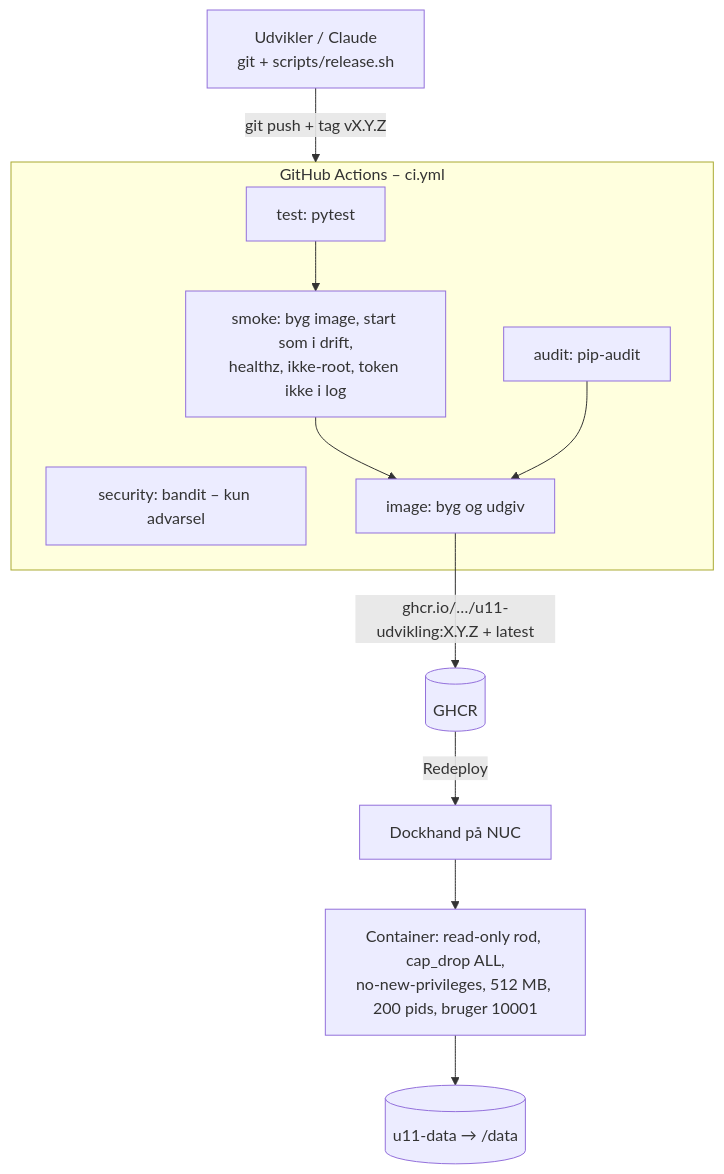
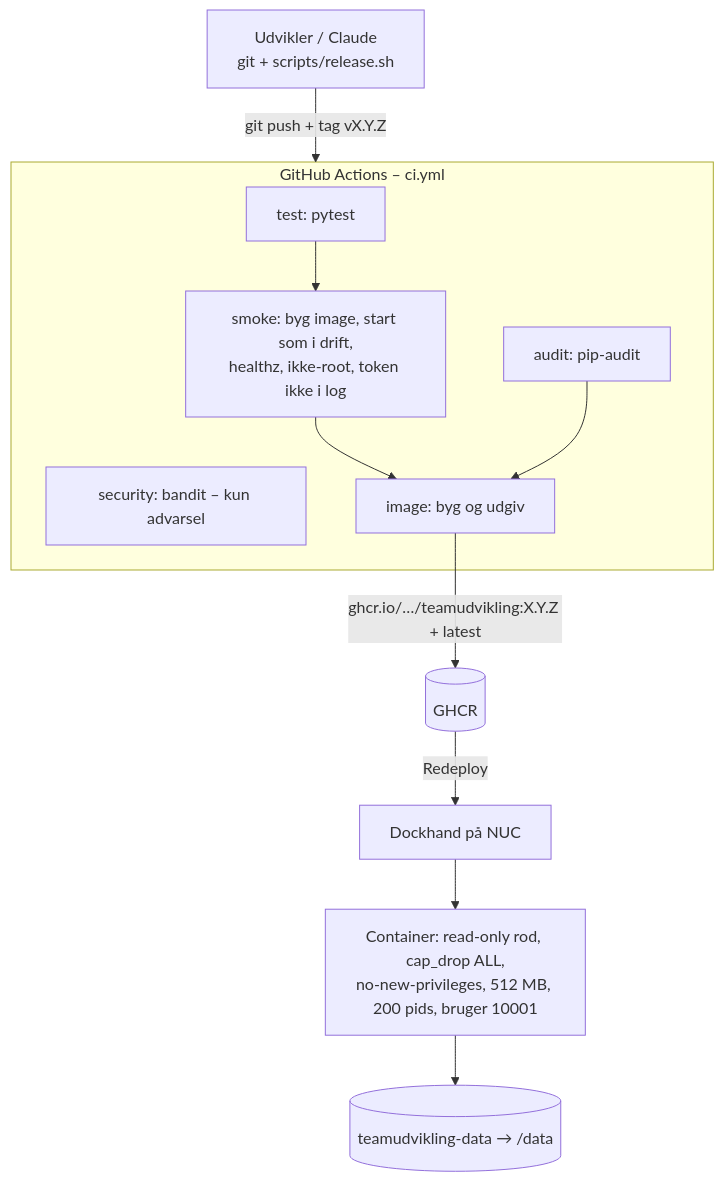
The second of 5 diagrams in docs/ARCHITECTURE.md (mikaelkandreasen/TeamUdvikling), drawn with Mermaid before and after one commit. The commit also changed other lines of this file and 56 other files, not shown here.

````diff
--- a/docs/ARCHITECTURE.md
+++ b/docs/ARCHITECTURE.md
@@ -56,15 +56,15 @@
 ```mermaid
 flowchart TB
   DEV[Udvikler / Claude<br/>git + scripts/release.sh] -->|git push + tag vX.Y.Z| GHA
   subgraph GHA[GitHub Actions – ci.yml]
     TEST[test: pytest] --> SMOKE[smoke: byg image, start som i drift,<br/>healthz, ikke-root, token ikke i log]
     AUDIT[audit: pip-audit]
     SEC[security: bandit – kun advarsel]
     SMOKE --> IMG[image: byg og udgiv]
     AUDIT --> IMG
   end
-  IMG -->|ghcr.io/…/u11-udvikling:X.Y.Z + latest| GHCR[(GHCR)]
+  IMG -->|ghcr.io/…/teamudvikling:X.Y.Z + latest| GHCR[(GHCR)]
   GHCR -->|Redeploy| DH[Dockhand på NUC]
   DH --> C[Container: read-only rod, cap_drop ALL,<br/>no-new-privileges, 512 MB, 200 pids, bruger 10001]
-  C --> V[(u11-data → /data)]
+  C --> V[(teamudvikling-data → /data)]
 ```
````
